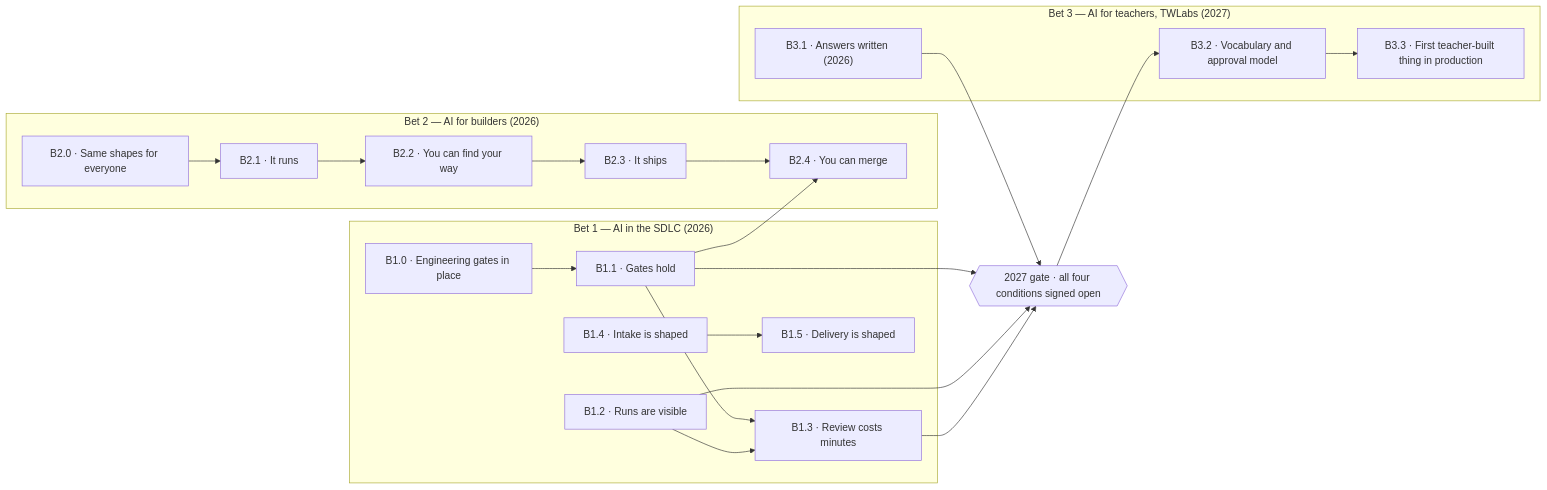
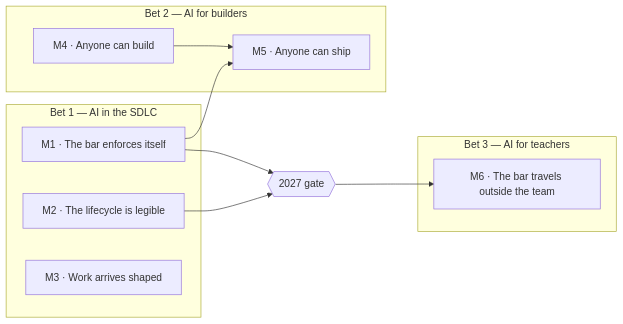
The diagram in docs/ROADMAP-DRAFT.md (transformteamsg/dx-harness), drawn with Mermaid before and after one commit. The commit also changed other lines of this file, not shown here.

First line of the commit message:
docs(roadmap): raise the altitude to six capability milestones

````diff
--- a/docs/ROADMAP-DRAFT.md
+++ b/docs/ROADMAP-DRAFT.md
@@ -13,38 +15,25 @@
 ```mermaid
 flowchart LR
-    subgraph BET1["Bet 1 — AI in the SDLC (2026)"]
-        A0["B1.0 · Engineering gates in place"]
-        A1["B1.1 · Gates hold"]
-        A2["B1.2 · Runs are visible"]
-        A3["B1.3 · Review costs minutes"]
-        A4["B1.4 · Intake is shaped"]
-        A5["B1.5 · Delivery is shaped"]
+    subgraph BET1["Bet 1 — AI in the SDLC"]
+        M1["M1 · The bar enforces itself"]
+        M2["M2 · The lifecycle is legible"]
+        M3["M3 · Work arrives shaped"]
     end
 
-    subgraph BET2["Bet 2 — AI for builders (2026)"]
-        C0["B2.0 · Same shapes for everyone"]
-        C1["B2.1 · It runs"]
-        C2["B2.2 · You can find your way"]
-        C3["B2.3 · It ships"]
-        C4["B2.4 · You can merge"]
+    subgraph BET2["Bet 2 — AI for builders"]
+        M4["M4 · Anyone can build"]
+        M5["M5 · Anyone can ship"]
     end
 
-    GATE{{"2027 gate · all four conditions signed open"}}
+    GATE{{"2027 gate"}}
 
-    subgraph BET3["Bet 3 — AI for teachers, TWLabs (2027)"]
-        D1["B3.1 · Answers written (2026)"]
-        D2["B3.2 · Vocabulary and approval model"]
-        D3["B3.3 · First teacher-built thing in production"]
+    subgraph BET3["Bet 3 — AI for teachers"]
+        M6["M6 · The bar travels outside the team"]
     end
 
-    A0 --> A1 --> A3
-    A2 --> A3
-    A4 --> A5
-    C0 --> C1 --> C2 --> C3 --> C4
-    A1 --> C4
-    A1 --> GATE
-    A2 --> GATE
-    A3 --> GATE
-    D1 --> GATE
-    GATE --> D2 --> D3
+    M1 --> M5
+    M4 --> M5
+    M1 --> GATE
+    M2 --> GATE
+    GATE --> M6
 ```
````
